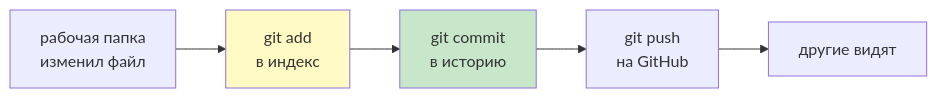
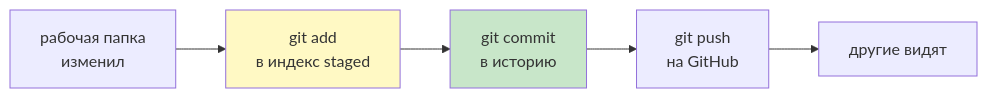
The first of 3 diagrams in 02_Курсы/01. Инженерные практики Python/01_Лекции/13. Git и GitHub.md (JayStorm228/College), drawn with Mermaid before and after one commit. The commit also changed other lines of this file and 7 other files, not shown here.

First line of the commit message:
инженерка 09,11-17: перепись разжёвано + диаграммы

````diff
--- a/02_Курсы/01. Инженерные практики Python/01_Лекции/13. Git и GitHub.md
+++ b/02_Курсы/01. Инженерные практики Python/01_Лекции/13. Git и GitHub.md
@@ -44,9 +37,9 @@
 ```mermaid
 flowchart LR
-  A[рабочая папка<br>изменил файл] --> B[git add<br>в индекс]
+  A[рабочая папка<br>изменил] --> B[git add<br>в индекс staged]
   B --> C[git commit<br>в историю]
   C --> D[git push<br>на GitHub]
   D --> E[другие видят]
   style B fill:#fff9c4
   style C fill:#c8e6c9
 ```
````
